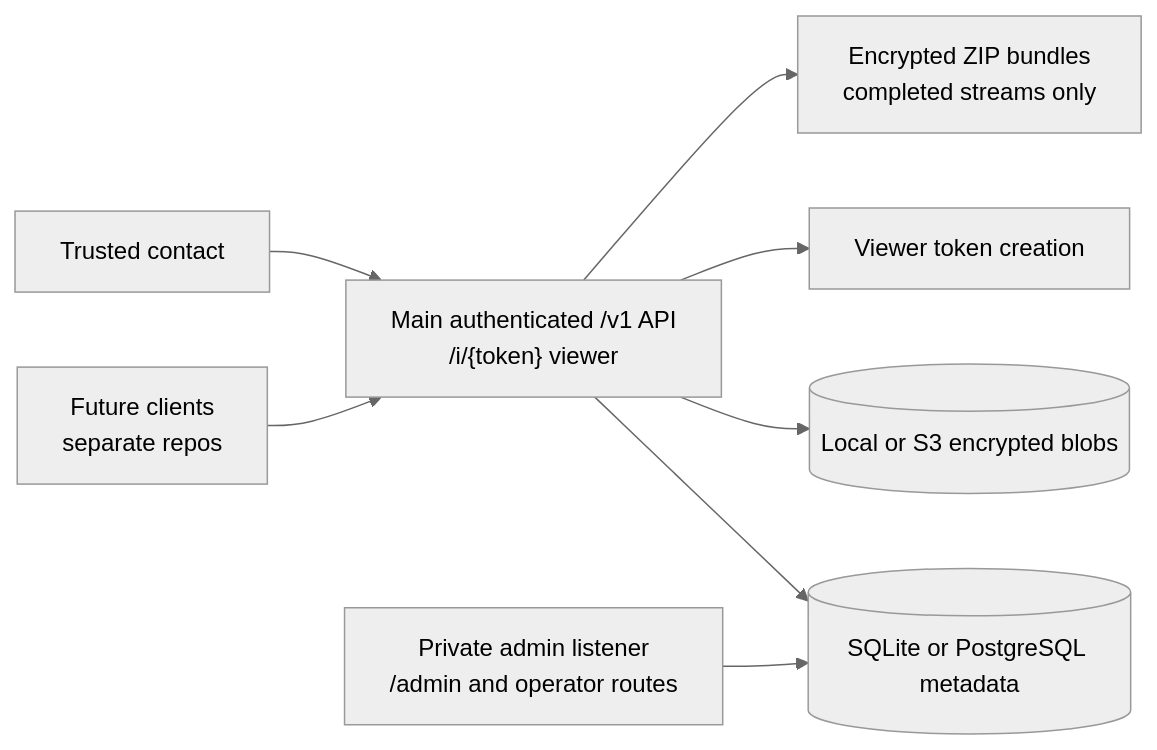
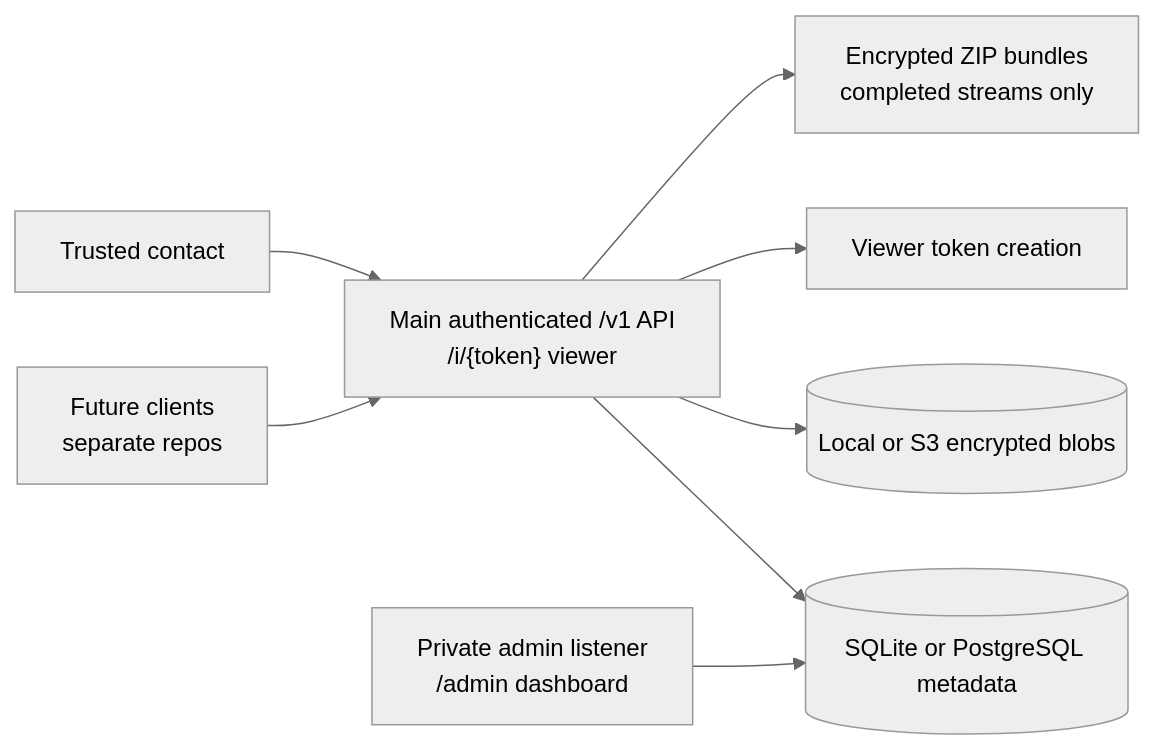
Before and after one commit to open-proofline/server: the diagram in README.md, drawn with Mermaid (neutral theme). The commit also changed other lines of this file and 31 other files, not shown here.

Commit message:
Keep admin dashboard on private listener

````diff
--- a/README.md
+++ b/README.md
@@ -133,10 +133,10 @@
 ```mermaid
 flowchart LR
     FutureClients["Future clients<br/>separate repos"] --> Main["Main authenticated /v1 API<br/>/i/{token} viewer"]
     Main --> DB[(SQLite or PostgreSQL metadata)]
     Main --> Blobs[(Local or S3 encrypted blobs)]
     Main --> Tokens["Viewer token creation"]
     Contact["Trusted contact"] --> Main
     Main --> Bundles["Encrypted ZIP bundles<br/>completed streams only"]
-    Admin["Private admin listener<br/>/admin and operator routes"] --> DB
+    Admin["Private admin listener<br/>/admin dashboard"] --> DB
 ```
````
